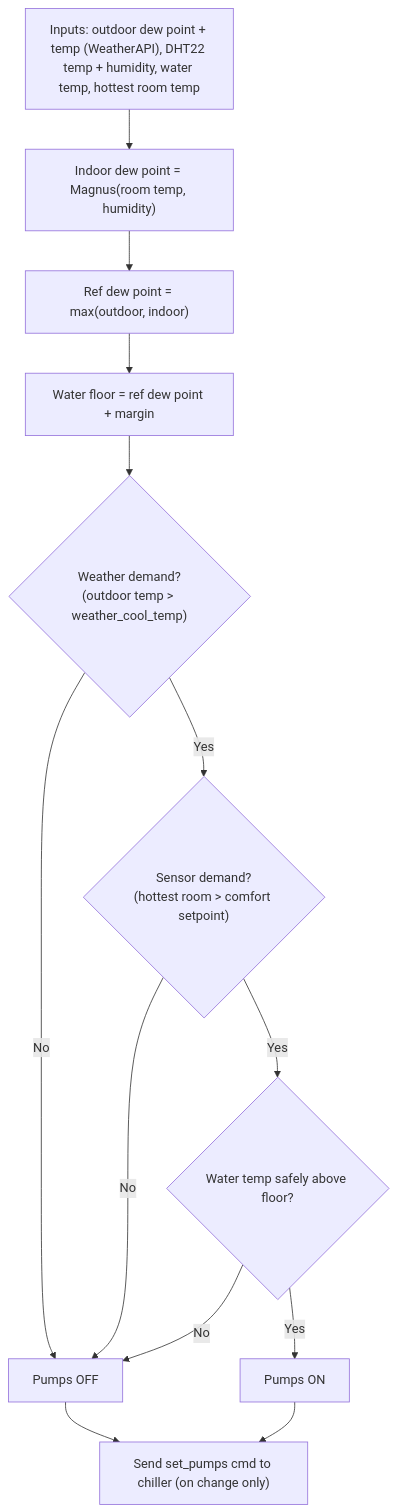
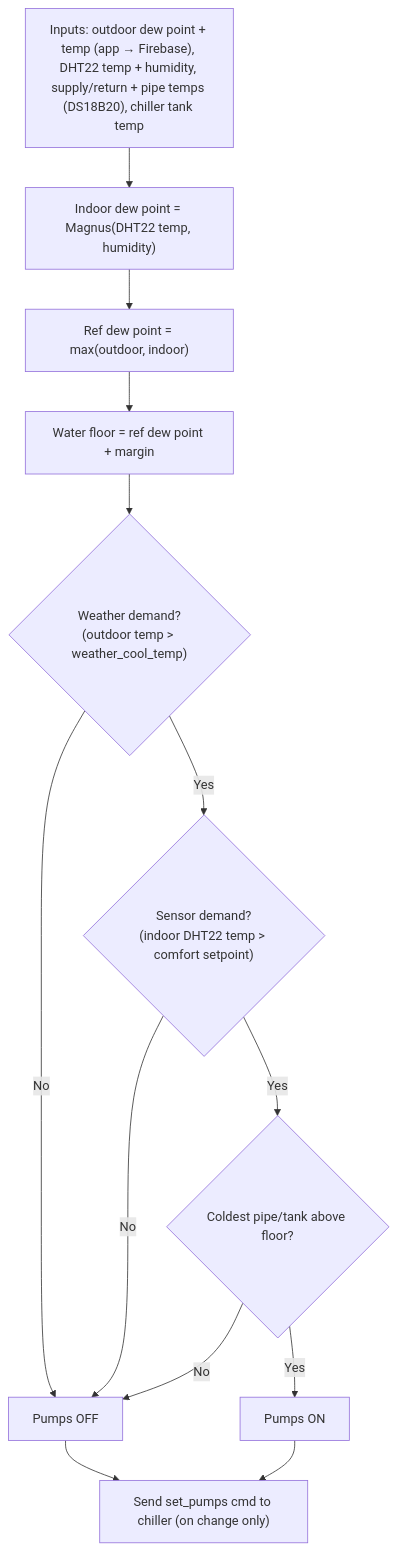
Before and after one commit to qppd/radiant-cooling: the third of 4 diagrams in docs/diagrams/flow-chart.md, drawn with Mermaid. The commit also changed other lines of this file and 31 other files, not shown here.

Commit message:
Move WeatherAPI key to the Flutter app, add SYSTEM_ID device linking, rework ClimateControl for pipe-sensor layout

````diff
--- a/docs/diagrams/flow-chart.md
+++ b/docs/diagrams/flow-chart.md
@@ -55,16 +55,16 @@
 ```mermaid
 flowchart TD
-    A["Inputs: outdoor dew point + temp (WeatherAPI), DHT22 temp + humidity, water temp, hottest room temp"]
-    A --> B["Indoor dew point = Magnus(room temp, humidity)"]
+    A["Inputs: outdoor dew point + temp (app → Firebase), DHT22 temp + humidity, supply/return + pipe temps (DS18B20), chiller tank temp"]
+    A --> B["Indoor dew point = Magnus(DHT22 temp, humidity)"]
     B --> C["Ref dew point = max(outdoor, indoor)"]
     C --> D["Water floor = ref dew point + margin"]
     D --> E{"Weather demand?<br/>(outdoor temp &gt; weather_cool_temp)"}
-    E -->|Yes| F{"Sensor demand?<br/>(hottest room &gt; comfort setpoint)"}
+    E -->|Yes| F{"Sensor demand?<br/>(indoor DHT22 temp &gt; comfort setpoint)"}
     E -->|No| G["Pumps OFF"]
-    F -->|Yes| H{"Water temp safely above floor?"}
+    F -->|Yes| H{"Coldest pipe/tank above floor?"}
     F -->|No| G
     H -->|Yes| I["Pumps ON"]
     H -->|No| G
     G --> J["Send set_pumps cmd to chiller (on change only)"]
     I --> J
 ```
````
